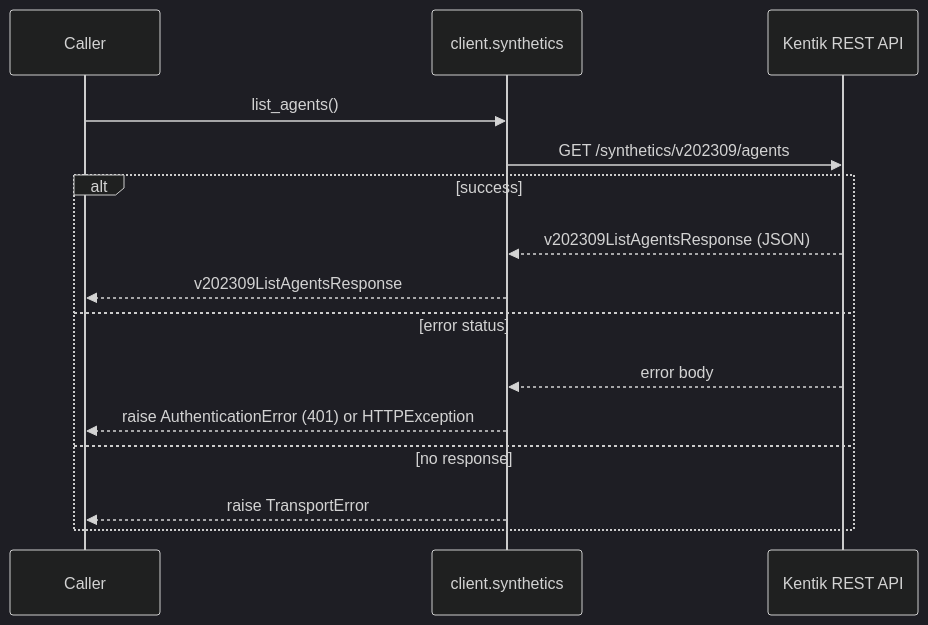
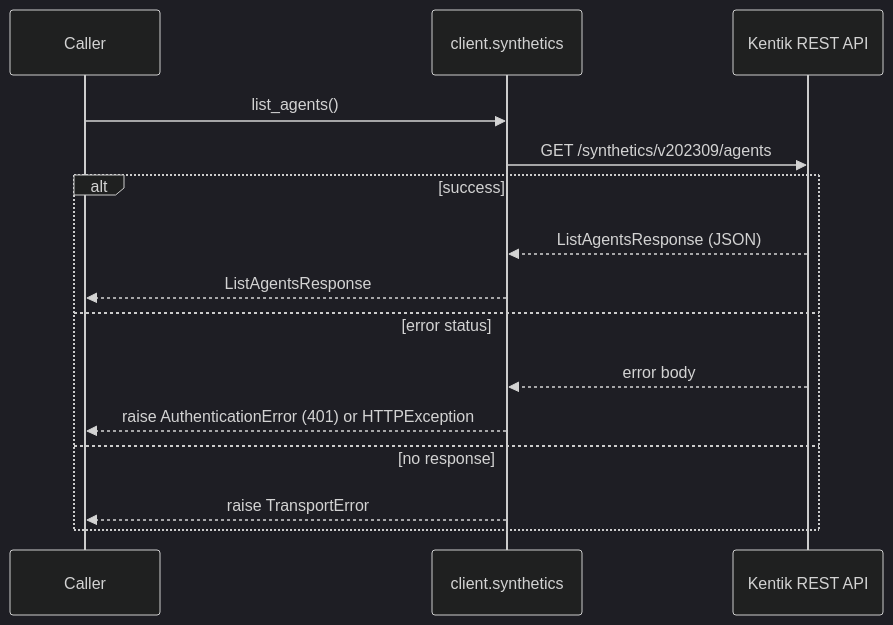
One commit to alexdearaujo/community_sdk_python changed diagram 12 of 38 in docs/sphinx/services/synthetics.md. Above: the diagram before and after it, drawn with Mermaid (dark theme). The commit also changed other lines of this file and 38 other files, not shown here.

````diff
--- a/docs/sphinx/services/synthetics.md
+++ b/docs/sphinx/services/synthetics.md
@@ -420,18 +420,18 @@
 ```mermaid
 sequenceDiagram
     participant C as Caller
     participant W as client.synthetics
     participant API as Kentik REST API
 
     C->>W: list_agents()
     W->>API: GET /synthetics/v202309/agents
     alt success
-        API-->>W: v202309ListAgentsResponse (JSON)
-        W-->>C: v202309ListAgentsResponse
+        API-->>W: ListAgentsResponse (JSON)
+        W-->>C: ListAgentsResponse
     else error status
         API-->>W: error body
         W-->>C: raise AuthenticationError (401) or HTTPException
     else no response
         W-->>C: raise TransportError
     end
 ```
````
